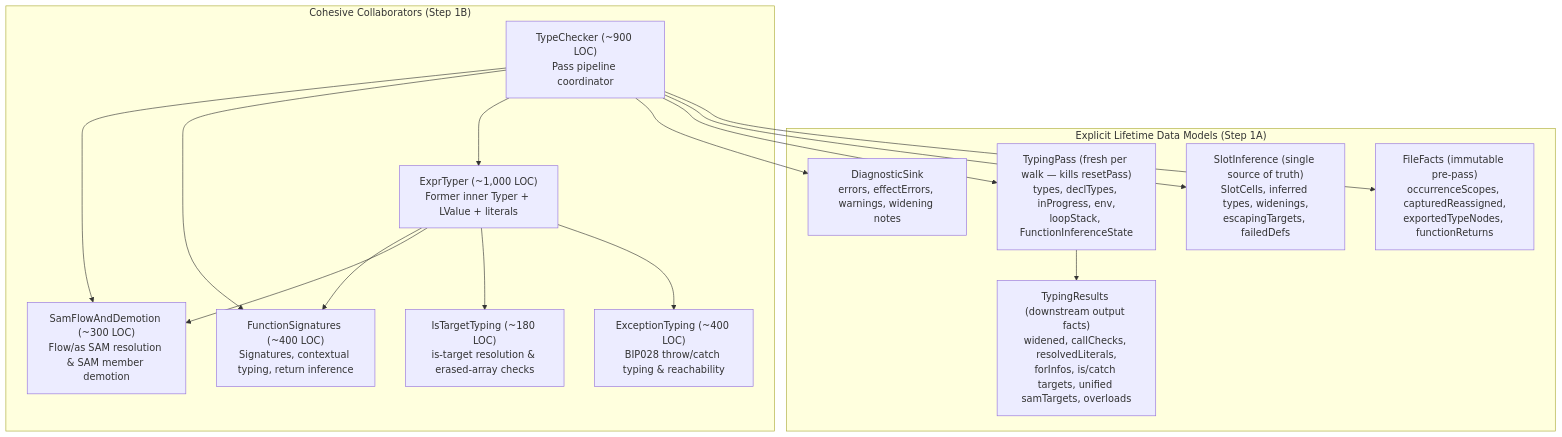
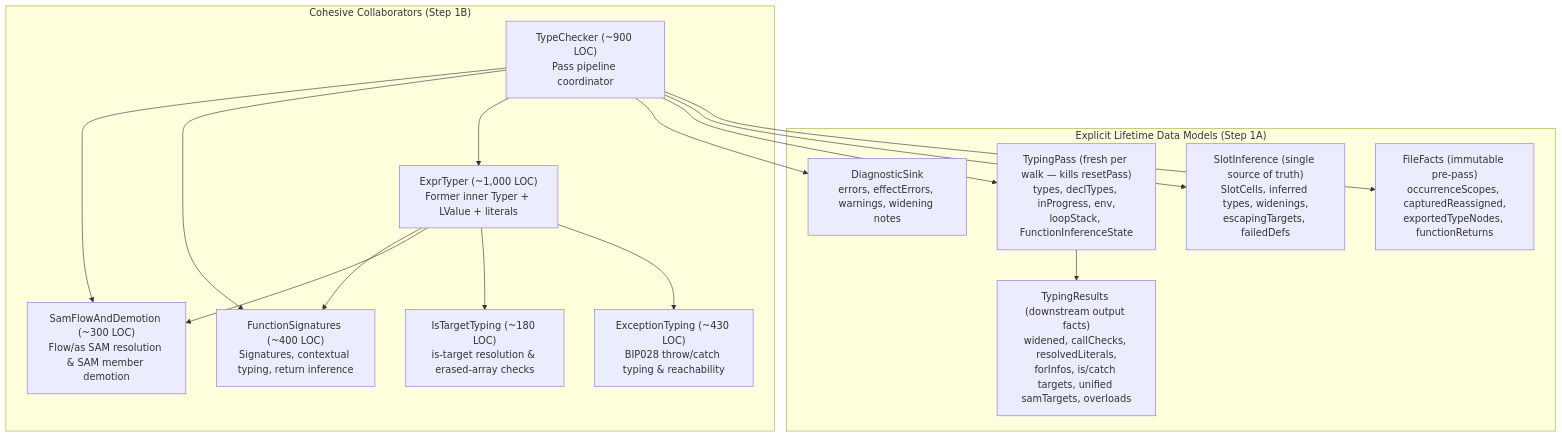
Before and after one commit to nlehuen/babble: the second of 5 diagrams in docs/design/bip036_compiler-simplification-and-god-class-splits.md, drawn with Mermaid. The commit also changed other lines of this file and 1 other file, not shown here.

Commit message:
BIP036 : sync with master (Wasm backend split as BIP036-P8, re-measured baseline at aeeb1a8)

````diff
--- a/docs/design/bip036_compiler-simplification-and-god-class-splits.md
+++ b/docs/design/bip036_compiler-simplification-and-god-class-splits.md
@@ -94,32 +122,32 @@
 ```mermaid
 flowchart TD
     subgraph Model["Explicit Lifetime Data Models (Step 1A)"]
         FF["FileFacts (immutable pre-pass)\noccurrenceScopes, capturedReassigned,\nexportedTypeNodes, functionReturns"]
         SI["SlotInference (single source of truth)\nSlotCells, inferred types, widenings,\nescapingTargets, failedDefs"]
         TP["TypingPass (fresh per walk — kills resetPass)\ntypes, declTypes, inProgress, env,\nloopStack, FunctionInferenceState"]
         TR["TypingResults (downstream output facts)\nwidened, callChecks, resolvedLiterals,\nforInfos, is/catch targets, unified samTargets, overloads"]
         DS["DiagnosticSink\nerrors, effectErrors, warnings, widening notes"]
     end
 
     subgraph Logic["Cohesive Collaborators (Step 1B)"]
         TC["TypeChecker (~900 LOC)\nPass pipeline coordinator"]
         ET["ExprTyper (~1,000 LOC)\nFormer inner Typer + LValue + literals"]
-        EX["ExceptionTyping (~400 LOC)\nBIP028 throw/catch typing & reachability"]
+        EX["ExceptionTyping (~430 LOC)\nBIP028 throw/catch typing & reachability"]
         FS["FunctionSignatures (~400 LOC)\nSignatures, contextual typing, return inference"]
         SD["SamFlowAndDemotion (~300 LOC)\nFlow/as SAM resolution & SAM member demotion"]
         IT["IsTargetTyping (~180 LOC)\nis-target resolution & erased-array checks"]
     end
 
     TC --> FF
     TC --> SI
     TC --> TP
     TC --> DS
     TP --> TR
     TC --> ET
     TC --> FS
     TC --> SD
     ET --> EX
     ET --> IT
     ET --> SD
     ET --> FS
 ```
````
